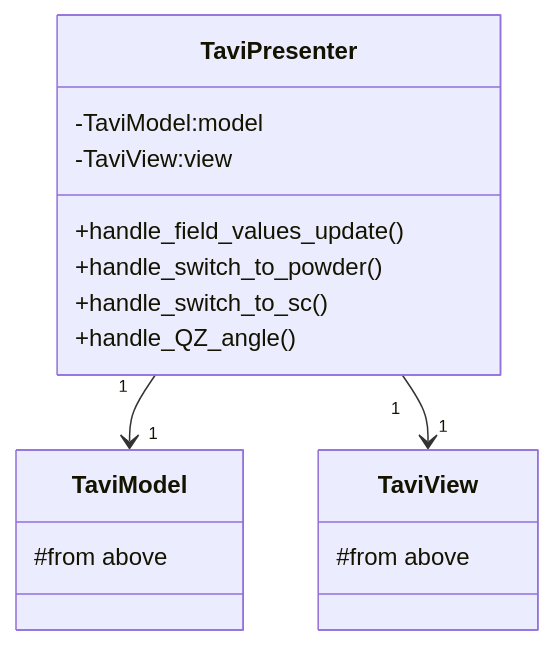
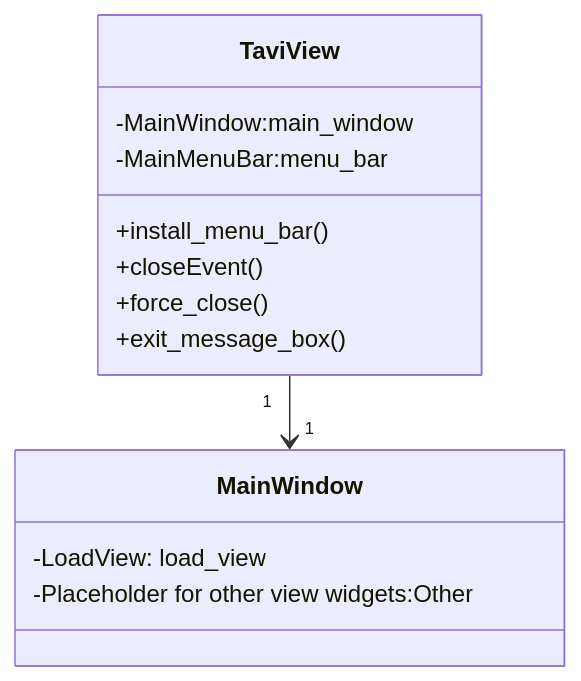
Before and after one commit to neutrons/TAVI: the second of 6 diagrams in docs/source/design/taviclasses.rst, drawn with Mermaid. The commit also changed other lines of this file and 20 other files, not shown here.

```diff
--- a/docs/source/design/taviclasses.rst
+++ b/docs/source/design/taviclasses.rst
@@ -173,22 +47,19 @@
 .. mermaid::
 
  classDiagram
-    TaviPresenter "1" -->"1" TaviModel
-    TaviPresenter "1" -->"1" TaviView
+    TaviView "1" -->"1" MainWindow
 
-    class TaviPresenter{
-        -TaviModel:model
-        -TaviView:view
-        +handle_field_values_update()
-        +handle_switch_to_powder()
-        +handle_switch_to_sc()
-        +handle_QZ_angle()
+    class TaviView{
+        -MainWindow:main_window
+        -MainMenuBar:menu_bar
+        +install_menu_bar()
+        +closeEvent()
+        +force_close()
+        +exit_message_box()
+
     }
 
-    class TaviModel{
-        #from above
+    class MainWindow{
+        -LoadView: load_view
+        -Placeholder for other view widgets:Other
     }
-
-    class TaviView{
-        #from above
-    }
```
